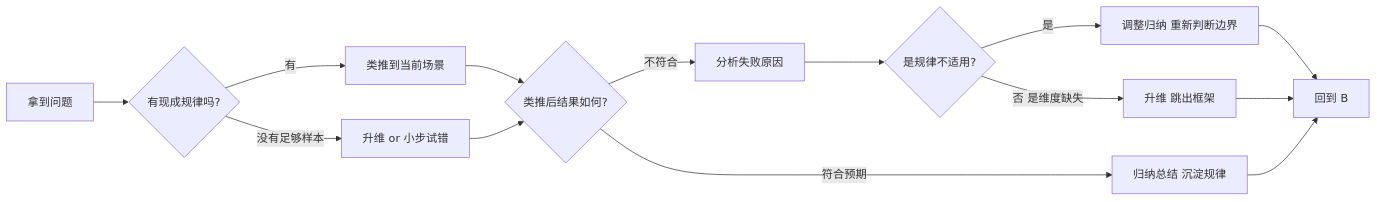
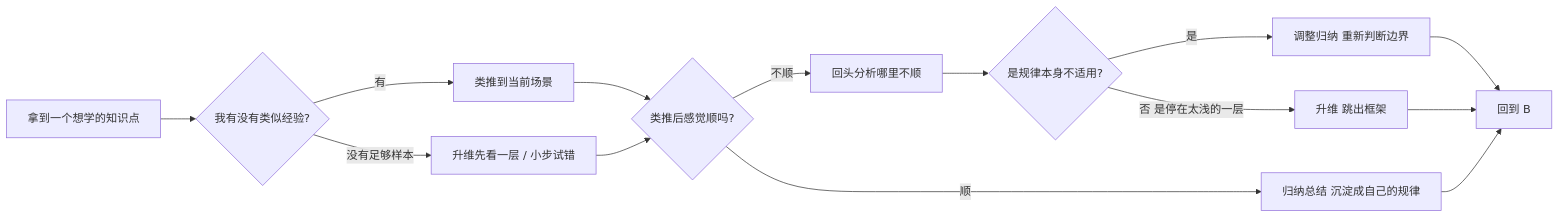
The diagram in docs/02-elevate_thinking.md (growdu/blog), drawn with Mermaid before and after one commit. The commit also changed other lines of this file, not shown here.

````diff
--- a/docs/02-elevate_thinking.md
+++ b/docs/02-elevate_thinking.md
@@ -254,16 +310,16 @@
 ```mermaid
 flowchart LR
-A[拿到问题] --> B{有现成规律吗?}
+A[拿到一个想学的知识点] --> B{我有没有类似经验?}
 B -->|有| C[类推到当前场景]
-B -->|没有足够样本| D[升维 or 小步试错]
-C --> E{类推后结果如何?}
+B -->|没有足够样本| D[升维先看一层 / 小步试错]
+C --> E{类推后感觉顺吗?}
 D --> E
-E -->|符合预期| F[归纳总结 沉淀规律]
-E -->|不符合| G[分析失败原因]
-G --> H{是规律不适用?}
+E -->|顺| F[归纳总结 沉淀成自己的规律]
+E -->|不顺| G[回头分析哪里不顺]
+G --> H{是规律本身不适用?}
 H -->|是| I[调整归纳 重新判断边界]
-H -->|否 是维度缺失| J[升维 跳出框架]
+H -->|否 是停在太浅的一层| J[升维 跳出框架]
 I --> K[回到 B]
 J --> K
 F --> K
 ```
````
